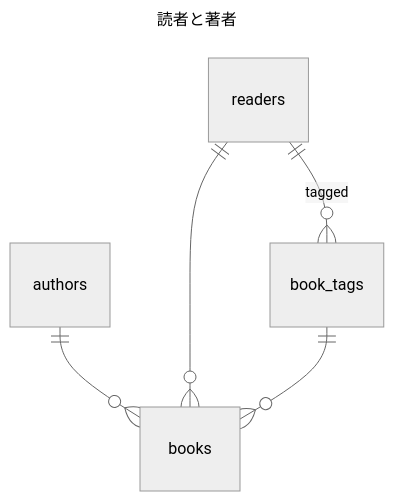
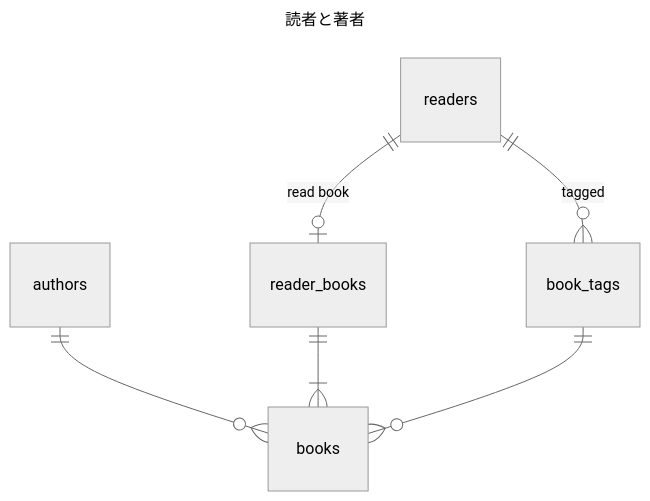
Before and after one commit to hachi-eiji/sandbox-rails: the diagram in README.md, drawn with Mermaid (neutral theme).

Commit message:
feat: reader_booksテーブル追加

````diff
--- a/README.md
+++ b/README.md
@@ -8,11 +8,12 @@
 ```mermaid
 ---
 title: 読者と著者
 ---
 erDiagram
     authors ||--o{ books: ""
-    readers ||--o{ books: ""
+    readers ||--o| reader_books: "read book"
+    reader_books ||--|{ books: ""
     readers ||--o{ book_tags: "tagged"
     book_tags ||--o{ books: ""
     
 ```
````
